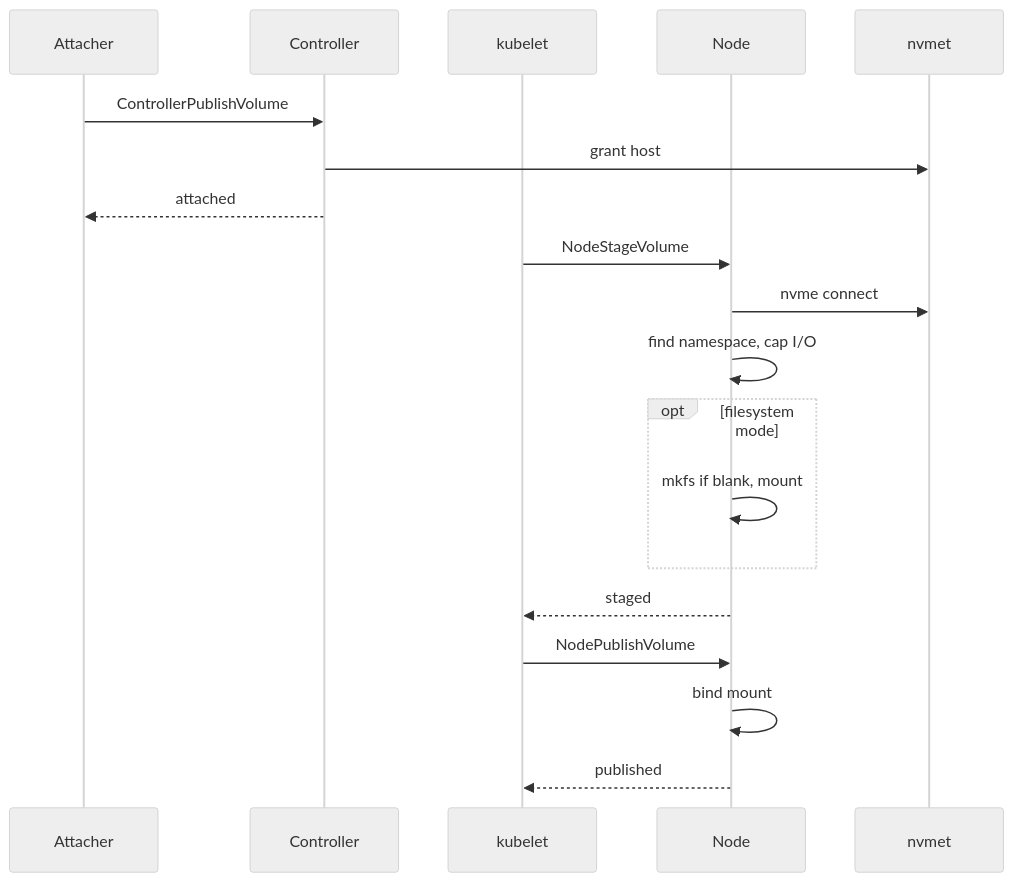
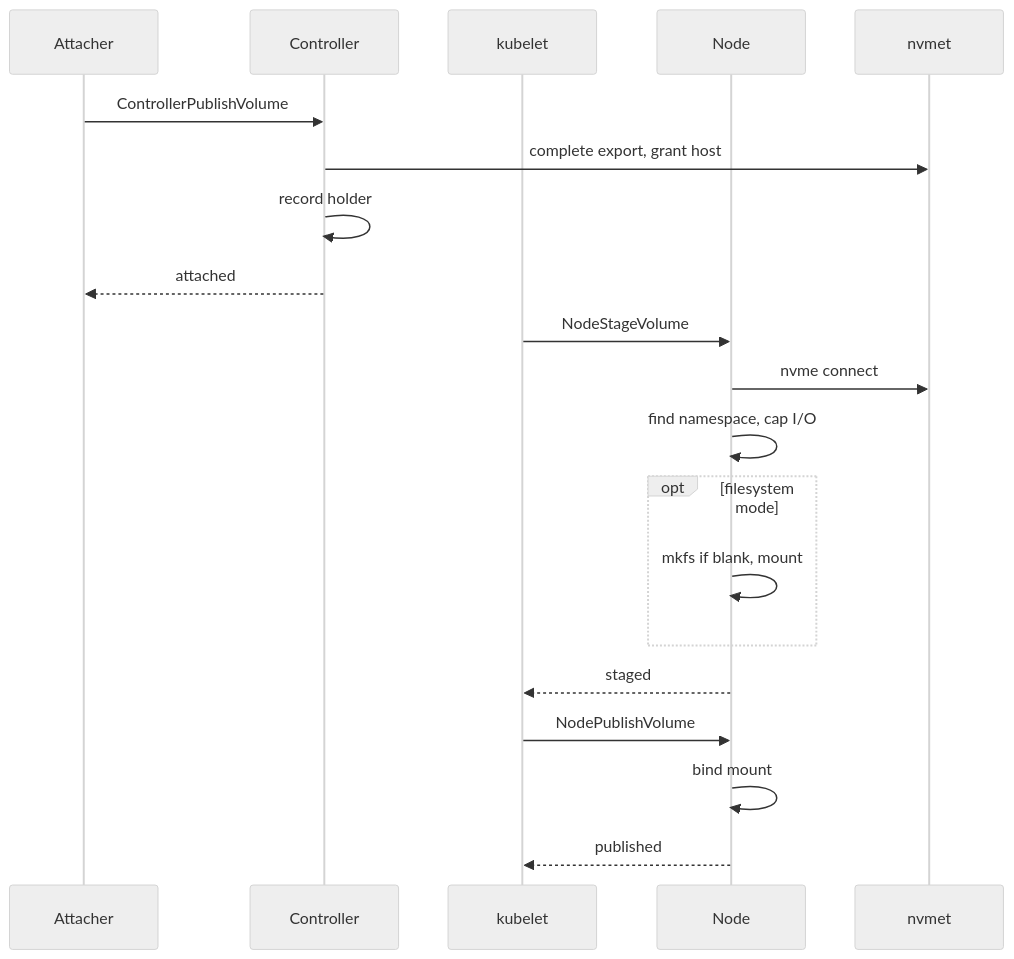
One commit to timpa0130/nvmeof-csi changed the third of 6 diagrams in design/volume-lifecycle.md. Above: the diagram before and after it, drawn with Mermaid (neutral theme). The commit also changed other lines of this file and 13 other files, not shown here.

````diff
--- a/design/volume-lifecycle.md
+++ b/design/volume-lifecycle.md
@@ -75,21 +77,22 @@
 ```mermaid
 sequenceDiagram
     participant A as Attacher
     participant C as Controller
     participant K as kubelet
     participant N as Node
     participant T as nvmet
     A->>C: ControllerPublishVolume
-    C->>T: grant host
+    C->>T: complete export, grant host
+    C->>C: record holder
     C-->>A: attached
     K->>N: NodeStageVolume
     N->>T: nvme connect
     N->>N: find namespace, cap I/O
     opt filesystem mode
         N->>N: mkfs if blank, mount
     end
     N-->>K: staged
     K->>N: NodePublishVolume
     N->>N: bind mount
     N-->>K: published
 ```
````
